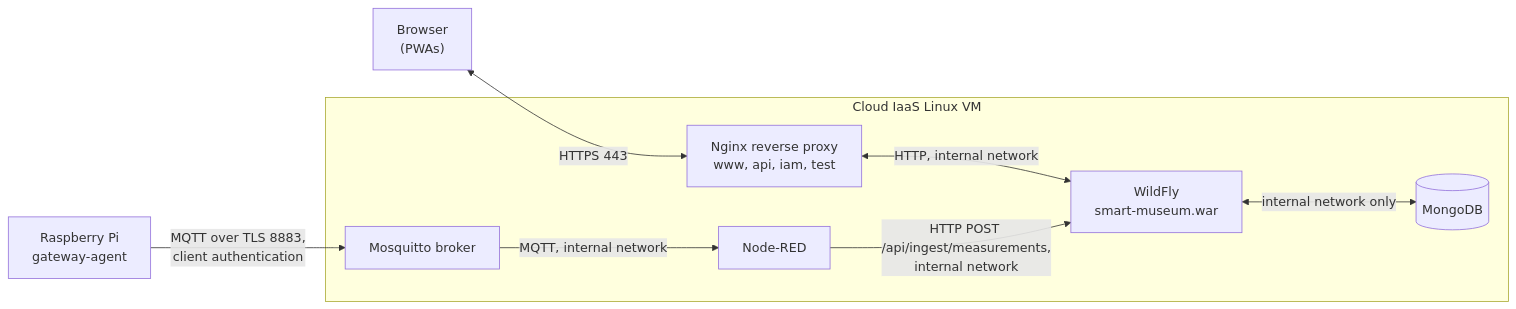
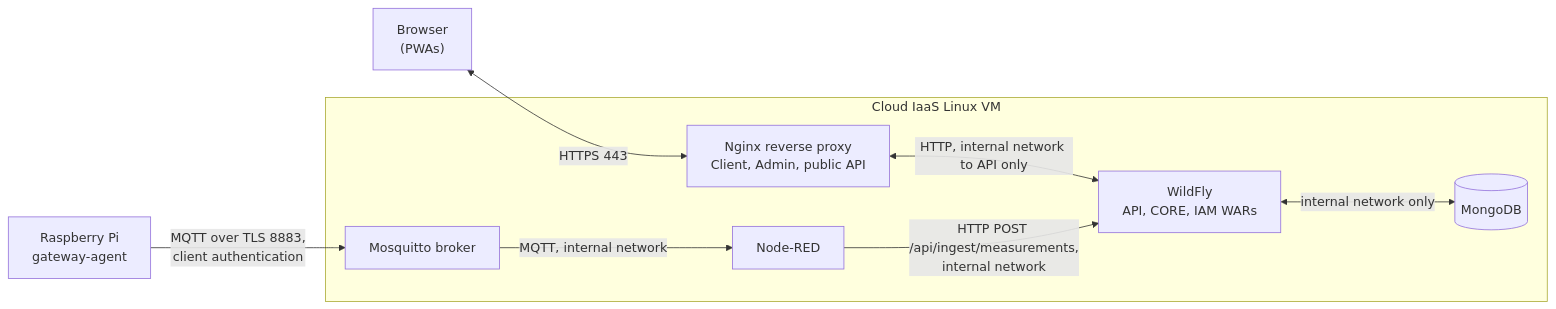
The second of 2 diagrams in README.md (sourourjaouadi/SMART-MUSEUM), drawn with Mermaid before and after one commit. The commit also changed other lines of this file and 4 other files, not shown here.

````diff
--- a/README.md
+++ b/README.md
@@ -100,20 +100,20 @@
 ```mermaid
 flowchart LR
     BROWSER["Browser<br/>(PWAs)"]
     GATEWAY["Raspberry Pi<br/>gateway-agent"]
 
     subgraph VM["Cloud IaaS Linux VM"]
-        NGINX["Nginx reverse proxy<br/>www, api, iam, test"]
-        WILDFLY["WildFly<br/>smart-museum.war"]
+        NGINX["Nginx reverse proxy<br/>Client, Admin, public API"]
+        WILDFLY["WildFly<br/>API, CORE, IAM WARs"]
         BROKER["Mosquitto broker"]
         NODERED["Node-RED"]
         DB[("MongoDB")]
     end
 
     BROWSER <-->|"HTTPS 443"| NGINX
-    NGINX <-->|"HTTP, internal network"| WILDFLY
+    NGINX <-->|"HTTP, internal network to API only"| WILDFLY
     GATEWAY -->|"MQTT over TLS 8883,<br/>client authentication"| BROKER
     BROKER -->|"MQTT, internal network"| NODERED
     NODERED -->|"HTTP POST /api/ingest/measurements,<br/>internal network"| WILDFLY
     WILDFLY <-->|"internal network only"| DB
 ```
````
